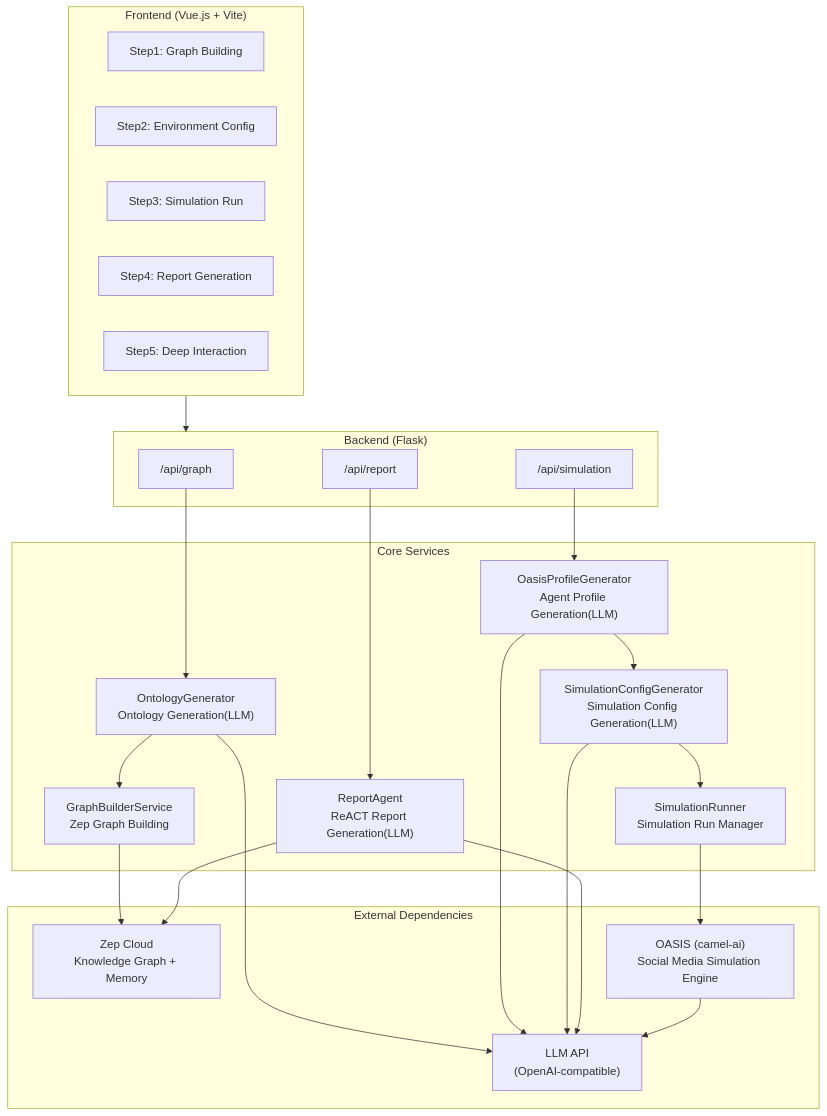
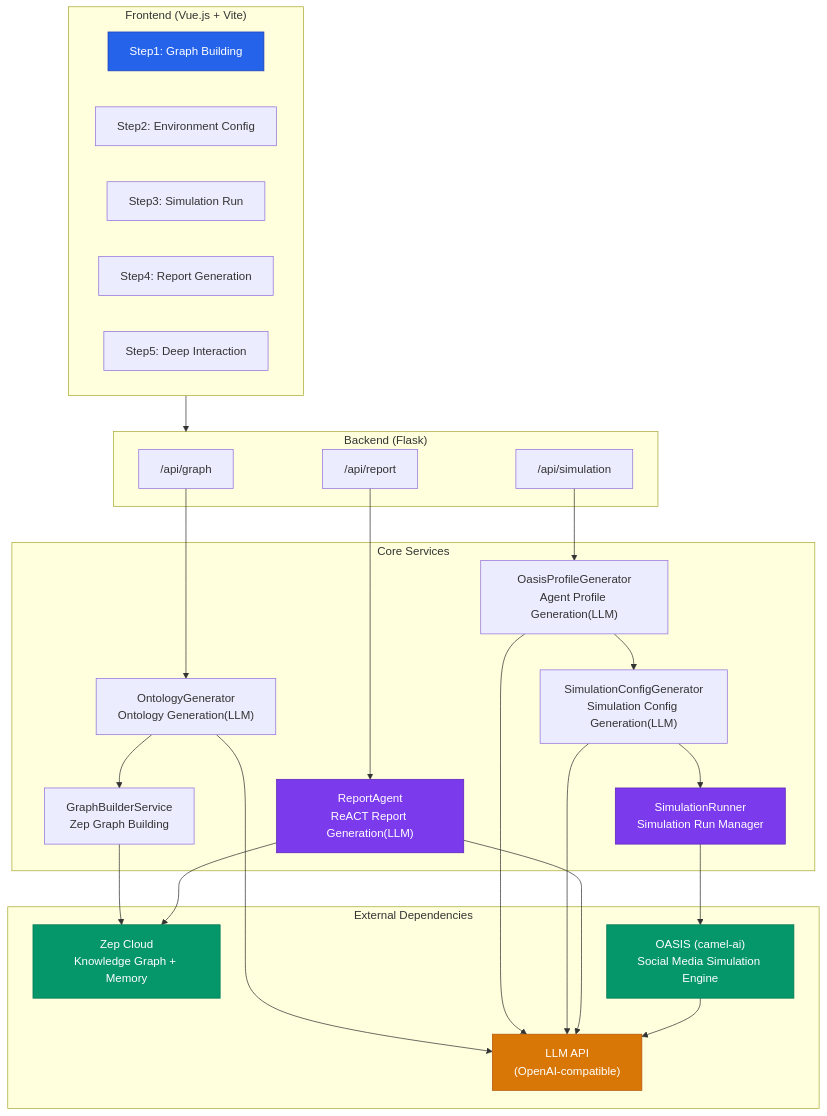
One commit to Codeblackbyshazzy/awesome-ai-anatomy changed the first of 3 diagrams in mirofish/README.md. Above: the diagram before and after it, drawn with Mermaid. The commit also changed other lines of this file and 4 other files, not shown here.

Commit message:
style: unified Mermaid color scheme across all teardowns

````diff
--- a/mirofish/README.md
+++ b/mirofish/README.md
@@ -24,44 +24,57 @@
 ```mermaid
 flowchart TB
     subgraph Frontend["Frontend (Vue.js + Vite)"]
         Step1[Step1: Graph Building]
         Step2[Step2: Environment Config]
         Step3[Step3: Simulation Run]
         Step4[Step4: Report Generation]
         Step5[Step5: Deep Interaction]
     end
 
     subgraph Backend["Backend (Flask)"]
         GraphAPI["/api/graph"]
         SimAPI["/api/simulation"]
         ReportAPI["/api/report"]
     end
 
     subgraph Services["Core Services"]
         OntGen["OntologyGenerator\nOntology Generation(LLM)"]
         GraphBuilder["GraphBuilderService\nZep Graph Building"]
         ProfileGen["OasisProfileGenerator\nAgent Profile Generation(LLM)"]
         ConfigGen["SimulationConfigGenerator\nSimulation Config Generation(LLM)"]
         SimRunner["SimulationRunner\nSimulation Run Manager"]
         ReportAgent["ReportAgent\nReACT Report Generation(LLM)"]
     end
 
     subgraph External["External Dependencies"]
         ZepCloud["Zep Cloud\nKnowledge Graph + Memory"]
         OASIS["OASIS (camel-ai)\nSocial Media Simulation Engine"]
         LLM["LLM API\n(OpenAI-compatible)"]
     end
 
     Frontend --> Backend
     GraphAPI --> OntGen --> GraphBuilder
     SimAPI --> ProfileGen --> ConfigGen --> SimRunner
     ReportAPI --> ReportAgent
     GraphBuilder --> ZepCloud
     SimRunner --> OASIS
     OntGen --> LLM
     ProfileGen --> LLM
     ConfigGen --> LLM
     ReportAgent --> LLM
     ReportAgent --> ZepCloud
     OASIS --> LLM
+
+    classDef primary fill:#2563eb,stroke:#1e40af,color:#fff
+    classDef secondary fill:#7c3aed,stroke:#5b21b6,color:#fff
+    classDef accent fill:#059669,stroke:#047857,color:#fff
+    classDef warn fill:#d97706,stroke:#b45309,color:#fff
+    classDef neutral fill:#374151,stroke:#1f2937,color:#fff
+
+    class Step1 primary
+    class SimRunner secondary
+    class ReportAgent secondary
+    class OASIS accent
+    class ZepCloud accent
+    class LLM warn
 ```
````
